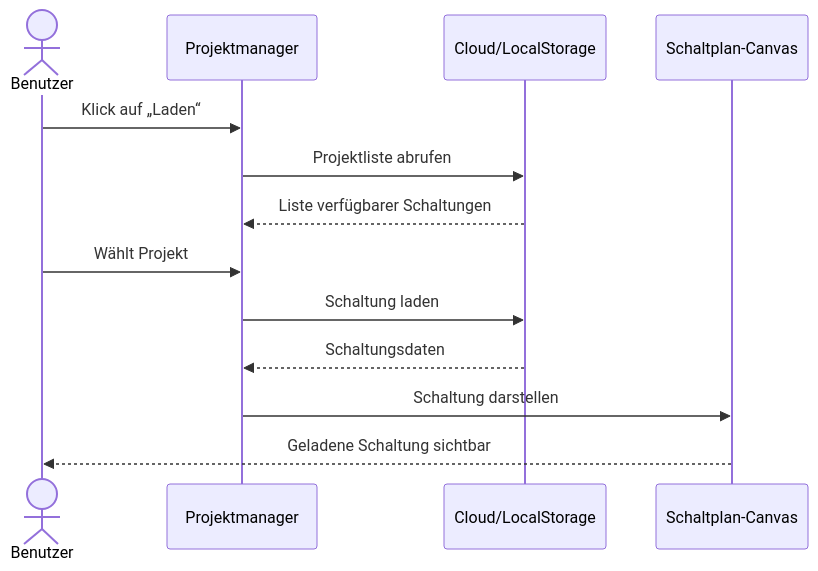
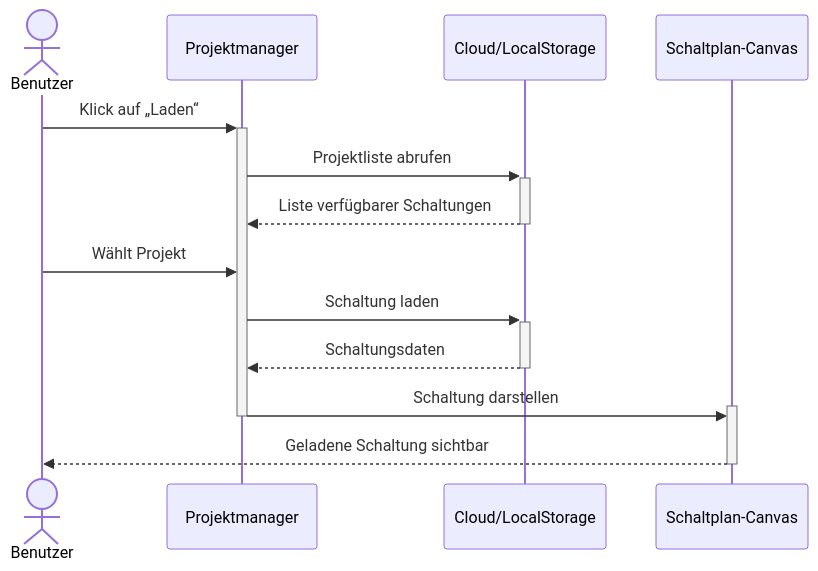
Diagram 15 of 22 in docs/use_cases/software_requirements_specification.md (SimonJ2222/BitFlow), drawn with Mermaid before and after one commit. The commit also changed other lines of this file, not shown here.

Commit message:
Added activations and deactivations to all Sequence Diagrams

````diff
--- a/docs/use_cases/software_requirements_specification.md
+++ b/docs/use_cases/software_requirements_specification.md
@@ -612,17 +620,18 @@
 ```mermaid
 sequenceDiagram
     actor Benutzer
     participant System as Projektmanager
     participant Cloud as Cloud/LocalStorage
     participant Canvas as Schaltplan-Canvas
 
-    Benutzer ->> System: Klick auf „Laden“
-    System ->> Cloud: Projektliste abrufen
-    Cloud -->> System: Liste verfügbarer Schaltungen
+    Benutzer ->>+ System: Klick auf „Laden“
+    System ->>+ Cloud: Projektliste abrufen
+    Cloud -->>- System: Liste verfügbarer Schaltungen
     Benutzer ->> System: Wählt Projekt
-    System ->> Cloud: Schaltung laden
-    Cloud -->> System: Schaltungsdaten
-    System ->> Canvas: Schaltung darstellen
-    Canvas -->> Benutzer: Geladene Schaltung sichtbar
+    System ->>+ Cloud: Schaltung laden
+    Cloud -->>- System: Schaltungsdaten
+    System ->>+ Canvas: Schaltung darstellen
+    deactivate System
+    Canvas -->>- Benutzer: Geladene Schaltung sichtbar
 
 ```
````
